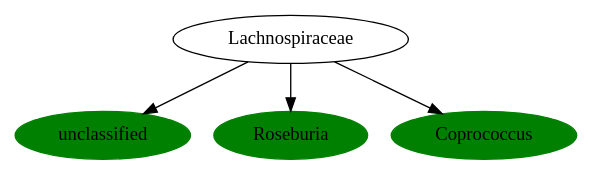
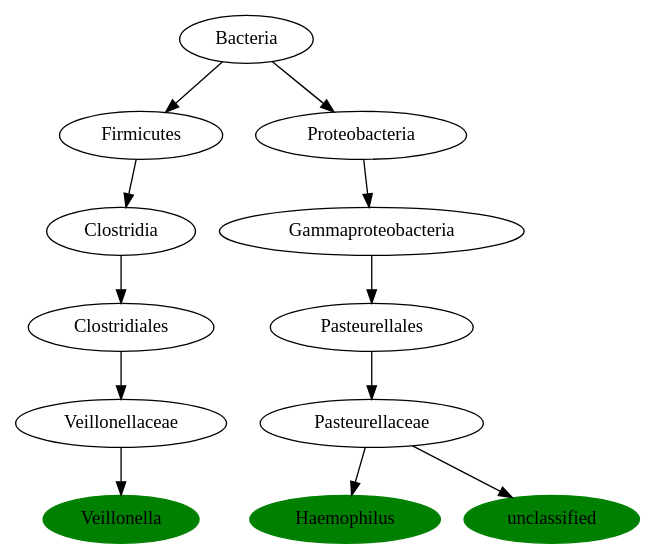
One commit to AndersHqst/thesis changed the diagram in experiments/tmp/phylogenetic-tree/dotfiles/2.dot. Above: the diagram before and after it, drawn with Graphviz. The commit also changed 1139 other files, not shown here.

```diff
--- a/experiments/tmp/phylogenetic-tree/dotfiles/2.dot
+++ b/experiments/tmp/phylogenetic-tree/dotfiles/2.dot
@@ -1,15 +1,39 @@
 digraph G { 
-	Lachnospiraceaeunclassified [label="unclassified", color="green", style=filled];
-	ClostridialesLachnospiraceae [label="Lachnospiraceae"];
-	Lachnospiraceaeunclassified [label="unclassified"];
-	ClostridialesLachnospiraceae -> Lachnospiraceaeunclassified;
-	LachnospiraceaeRoseburia [label="Roseburia", color="green", style=filled];
-	ClostridialesLachnospiraceae [label="Lachnospiraceae"];
-	LachnospiraceaeRoseburia [label="Roseburia"];
-	ClostridialesLachnospiraceae -> LachnospiraceaeRoseburia;
-	LachnospiraceaeCoprococcus [label="Coprococcus", color="green", style=filled];
-	ClostridialesLachnospiraceae [label="Lachnospiraceae"];
-	LachnospiraceaeCoprococcus [label="Coprococcus"];
-	ClostridialesLachnospiraceae -> LachnospiraceaeCoprococcus;
+	VeillonellaceaeVeillonella [label="Veillonella", color="green", style=filled];
+	ClostridialesVeillonellaceae [label="Veillonellaceae"];
+	VeillonellaceaeVeillonella [label="Veillonella"];
+	ClostridialesVeillonellaceae -> VeillonellaceaeVeillonella;
+	ClostridiaClostridiales [label="Clostridiales"];
+	ClostridialesVeillonellaceae [label="Veillonellaceae"];
+	ClostridiaClostridiales -> ClostridialesVeillonellaceae;
+	FirmicutesClostridia [label="Clostridia"];
+	ClostridiaClostridiales [label="Clostridiales"];
+	FirmicutesClostridia -> ClostridiaClostridiales;
+	BacteriaFirmicutes [label="Firmicutes"];
+	FirmicutesClostridia [label="Clostridia"];
+	BacteriaFirmicutes -> FirmicutesClostridia;
+	Bacteria [label="Bacteria"];
+	BacteriaFirmicutes [label="Firmicutes"];
+	Bacteria -> BacteriaFirmicutes;
+	PasteurellaceaeHaemophilus [label="Haemophilus", color="green", style=filled];
+	PasteurellalesPasteurellaceae [label="Pasteurellaceae"];
+	PasteurellaceaeHaemophilus [label="Haemophilus"];
+	PasteurellalesPasteurellaceae -> PasteurellaceaeHaemophilus;
+	GammaproteobacteriaPasteurellales [label="Pasteurellales"];
+	PasteurellalesPasteurellaceae [label="Pasteurellaceae"];
+	GammaproteobacteriaPasteurellales -> PasteurellalesPasteurellaceae;
+	ProteobacteriaGammaproteobacteria [label="Gammaproteobacteria"];
+	GammaproteobacteriaPasteurellales [label="Pasteurellales"];
+	ProteobacteriaGammaproteobacteria -> GammaproteobacteriaPasteurellales;
+	BacteriaProteobacteria [label="Proteobacteria"];
+	ProteobacteriaGammaproteobacteria [label="Gammaproteobacteria"];
+	BacteriaProteobacteria -> ProteobacteriaGammaproteobacteria;
+	Bacteria [label="Bacteria"];
+	BacteriaProteobacteria [label="Proteobacteria"];
+	Bacteria -> BacteriaProteobacteria;
+	Pasteurellaceaeunclassified [label="unclassified", color="green", style=filled];
+	PasteurellalesPasteurellaceae [label="Pasteurellaceae"];
+	Pasteurellaceaeunclassified [label="unclassified"];
+	PasteurellalesPasteurellaceae -> Pasteurellaceaeunclassified;
 
  }
```
